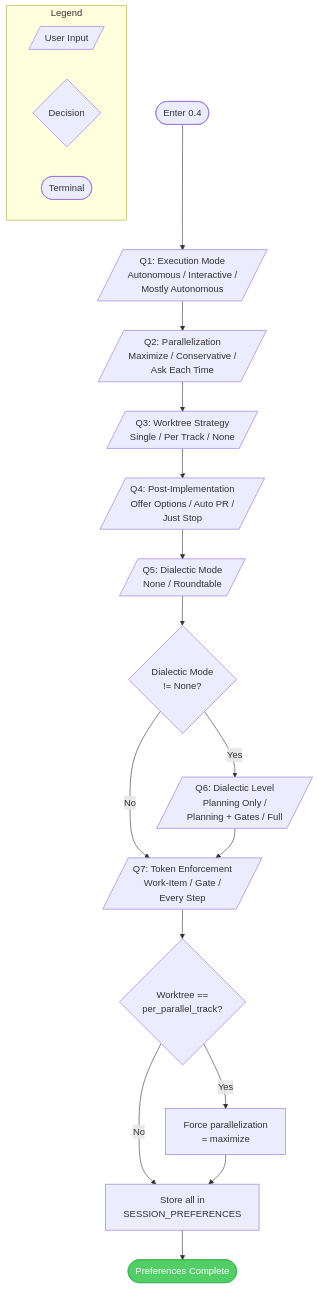
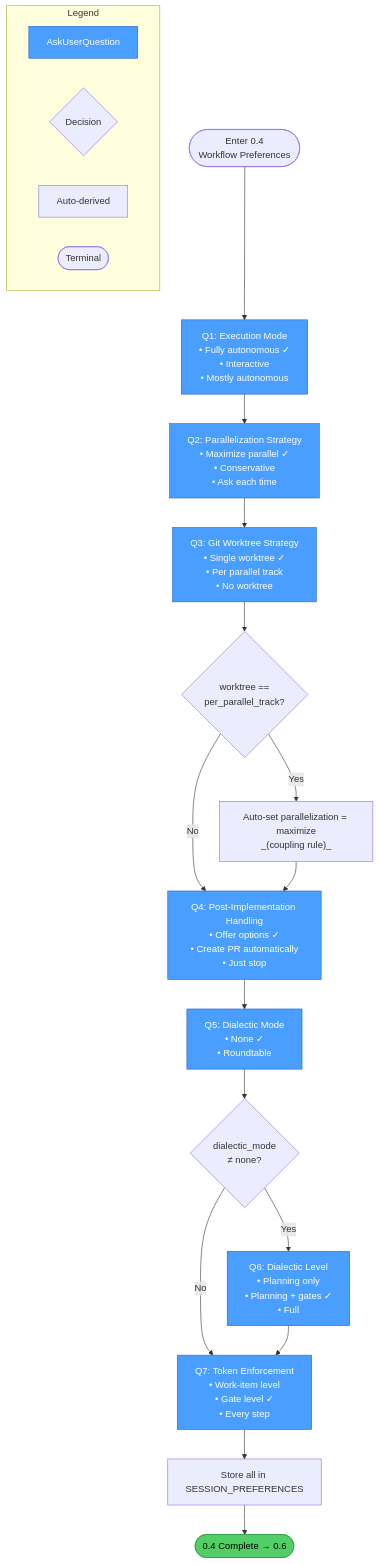
The third of 4 diagrams in docs/commands/feature-config.md (axiomantic/spellbook), drawn with Mermaid before and after one commit. The commit also changed other lines of this file and 86 other files, not shown here.

````diff
--- a/docs/commands/feature-config.md
+++ b/docs/commands/feature-config.md
@@ -181,34 +143,44 @@
 ```mermaid
 flowchart TD
-    subgraph Legend
-        L1[/"User Input"/]
+    START(["Enter 0.4\nWorkflow Preferences"]) --> Q1
+
+    Q1["Q1: Execution Mode\n• Fully autonomous ✓\n• Interactive\n• Mostly autonomous"]:::askq
+    Q1 --> Q2
+
+    Q2["Q2: Parallelization Strategy\n• Maximize parallel ✓\n• Conservative\n• Ask each time"]:::askq
+    Q2 --> Q3
+
+    Q3["Q3: Git Worktree Strategy\n• Single worktree ✓\n• Per parallel track\n• No worktree"]:::askq
+    Q3 --> Q3_CHECK{worktree ==\nper_parallel_track?}
+    Q3_CHECK -- Yes --> FORCE_PARALLEL["Auto-set parallelization = maximize\n_(coupling rule)_"]
+    Q3_CHECK -- No --> Q4
+    FORCE_PARALLEL --> Q4
+
+    Q4["Q4: Post-Implementation Handling\n• Offer options ✓\n• Create PR automatically\n• Just stop"]:::askq
+    Q4 --> Q5
+
+    Q5["Q5: Dialectic Mode\n• None ✓\n• Roundtable"]:::askq
+    Q5 --> Q5_CHECK{dialectic_mode\n≠ none?}
+    Q5_CHECK -- No --> Q7
+    Q5_CHECK -- Yes --> Q6
+
+    Q6["Q6: Dialectic Level\n• Planning only\n• Planning + gates ✓\n• Full"]:::askq
+    Q6 --> Q7
+
+    Q7["Q7: Token Enforcement\n• Work-item level\n• Gate level ✓\n• Every step"]:::askq
+    Q7 --> STORE["Store all in SESSION_PREFERENCES"]
+    STORE --> DONE(["0.4 Complete → 0.6"])
+
+    subgraph legend["Legend"]
+        L1["AskUserQuestion"]:::askq
         L2{Decision}
-        L3([Terminal])
+        L3["Auto-derived"]
+        L4(["Terminal"])
     end
 
-    START([Enter 0.4]) --> Q1[/"Q1: Execution Mode<br>Autonomous / Interactive /<br>Mostly Autonomous"/]
+    classDef askq fill:#4a9eff,color:#fff,stroke:#2266cc
+    classDef success fill:#51cf66,color:#000,stroke:#2f9e44
 
-    Q1 --> Q2[/"Q2: Parallelization<br>Maximize / Conservative /<br>Ask Each Time"/]
-
-    Q2 --> Q3[/"Q3: Worktree Strategy<br>Single / Per Track / None"/]
-
-    Q3 --> Q4[/"Q4: Post-Implementation<br>Offer Options / Auto PR /<br>Just Stop"/]
-
-    Q4 --> Q5[/"Q5: Dialectic Mode<br>None / Roundtable"/]
-
-    Q5 --> DIALECTIC{Dialectic Mode<br>!= None?}
-
-    DIALECTIC -->|Yes| Q6[/"Q6: Dialectic Level<br>Planning Only /<br>Planning + Gates / Full"/]
-    DIALECTIC -->|No| Q7
-
-    Q6 --> Q7[/"Q7: Token Enforcement<br>Work-Item / Gate /<br>Every Step"/]
-
-    Q7 --> COUPLING{Worktree ==<br>per_parallel_track?}
-    COUPLING -->|Yes| FORCE_PARALLEL["Force parallelization<br>= maximize"]
-    COUPLING -->|No| STORE
-
-    FORCE_PARALLEL --> STORE[Store all in<br>SESSION_PREFERENCES]
-    STORE --> DONE([Preferences Complete]):::success
-
-    classDef success fill:#51cf66,stroke:#37b24d,color:#fff
+    class Q1,Q2,Q3,Q4,Q5,Q6,Q7 askq
+    class DONE success
 ```
````
